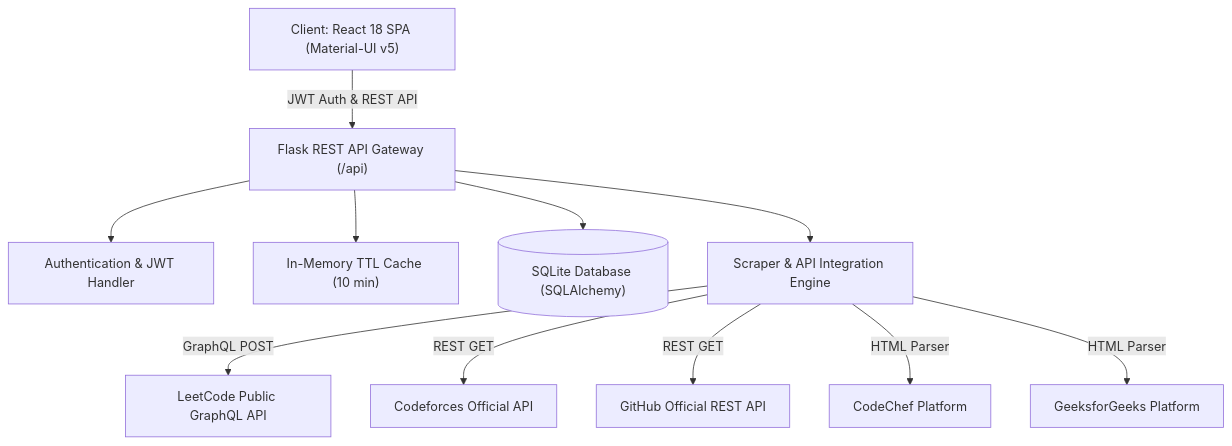
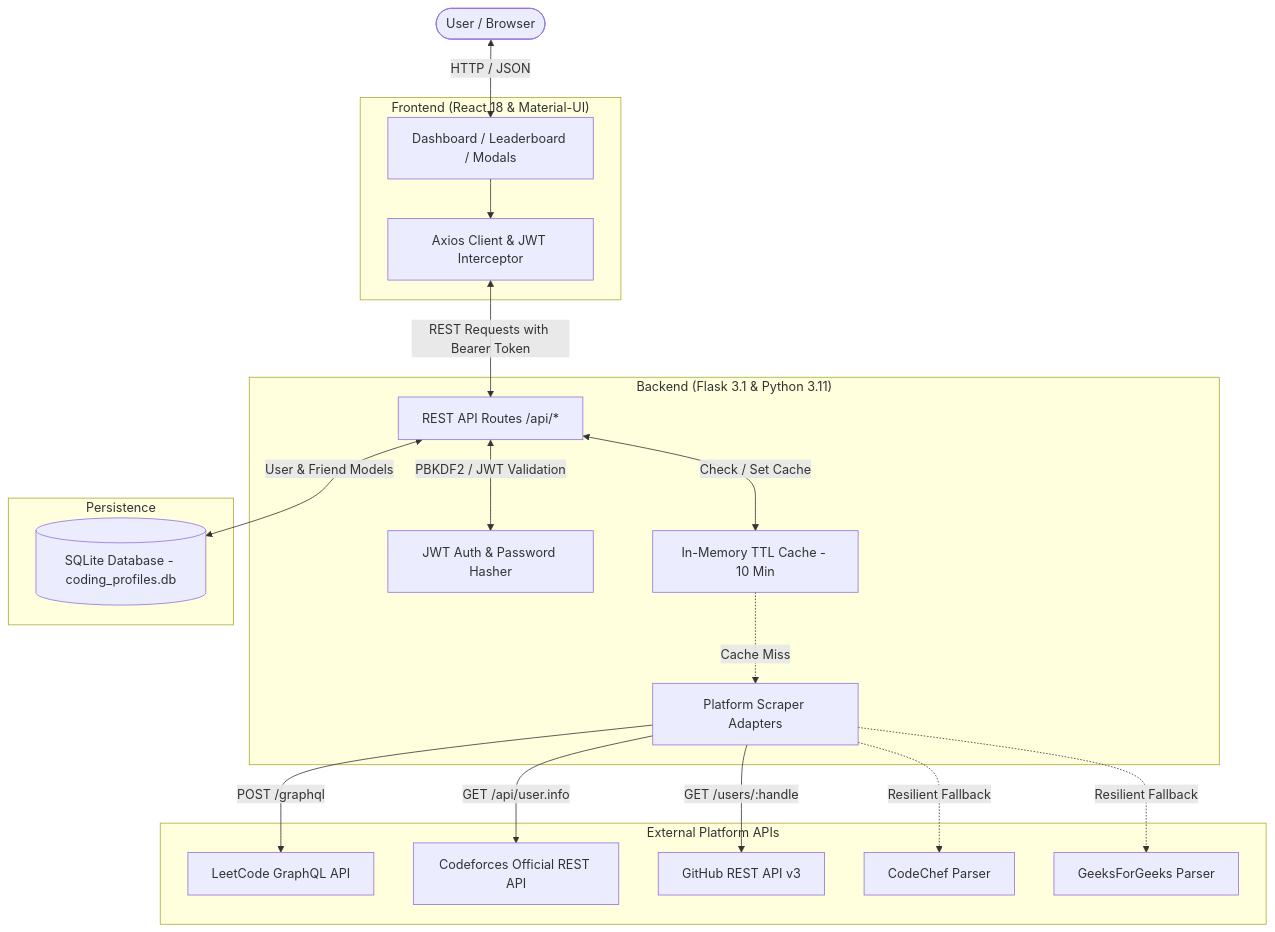
The first of 3 diagrams in README.md (adityasinha513/Coding-Profile-Scrapper), drawn with Mermaid before and after one commit. The commit also changed other lines of this file and 16 other files, not shown here.

Commit message:
docs: finalize V1 portfolio documentation, architecture diagrams, UI screenshots, and GitHub Pages deployment workflow

````diff
--- a/README.md
+++ b/README.md
@@ -33,14 +45,41 @@
 ```mermaid
 graph TD
-    Client["Client: React 18 SPA (Material-UI v5)"] -->|JWT Auth & REST API| Gateway["Flask REST API Gateway (/api)"]
-    Gateway --> Auth["Authentication & JWT Handler"]
-    Gateway --> Cache["In-Memory TTL Cache (10 min)"]
-    Gateway --> DB[("SQLite Database (SQLAlchemy)")]
+    User([User / Browser])
+    
+    subgraph Frontend ["Frontend (React 18 & Material-UI)"]
+        UI[Dashboard / Leaderboard / Modals]
+        Client[Axios Client & JWT Interceptor]
+    end
 
-    Gateway --> ScraperEngine["Scraper & API Integration Engine"]
-    ScraperEngine -->|GraphQL POST| LC["LeetCode Public GraphQL API"]
-    ScraperEngine -->|REST GET| CF["Codeforces Official API"]
-    ScraperEngine -->|REST GET| GH["GitHub Official REST API"]
-    ScraperEngine -->|HTML Parser| CC["CodeChef Platform"]
-    ScraperEngine -->|HTML Parser| GFG["GeeksforGeeks Platform"]
+    subgraph Backend ["Backend (Flask 3.1 & Python 3.11)"]
+        Router[REST API Routes /api/*]
+        AuthModule[JWT Auth & Password Hasher]
+        CacheEngine[In-Memory TTL Cache - 10 Min]
+        AdapterManager[Platform Scraper Adapters]
+    end
+
+    subgraph Storage ["Persistence"]
+        DB[(SQLite Database - coding_profiles.db)]
+    end
+
+    subgraph External ["External Platform APIs"]
+        LC[LeetCode GraphQL API]
+        CF[Codeforces Official REST API]
+        GH[GitHub REST API v3]
+        CC[CodeChef Parser]
+        GFG[GeeksForGeeks Parser]
+    end
+
+    User <-->|HTTP / JSON| UI
+    UI --> Client
+    Client <-->|REST Requests with Bearer Token| Router
+    Router <-->|PBKDF2 / JWT Validation| AuthModule
+    Router <-->|User & Friend Models| DB
+    Router <-->|Check / Set Cache| CacheEngine
+    CacheEngine -.->|Cache Miss| AdapterManager
+    AdapterManager -->|POST /graphql| LC
+    AdapterManager -->|GET /api/user.info| CF
+    AdapterManager -->|GET /users/:handle| GH
+    AdapterManager -.->|Resilient Fallback| CC
+    AdapterManager -.->|Resilient Fallback| GFG
 ```
````
